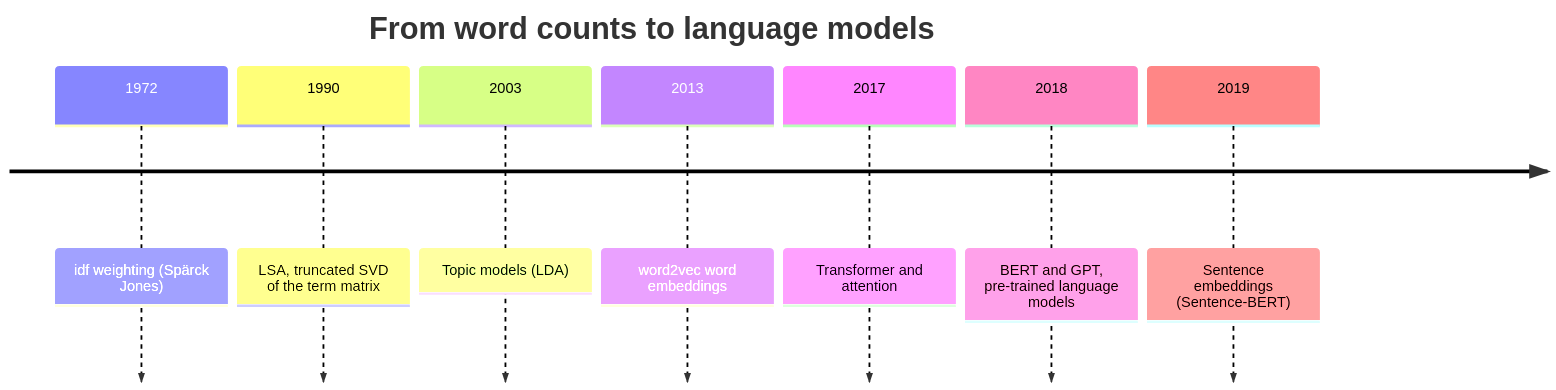
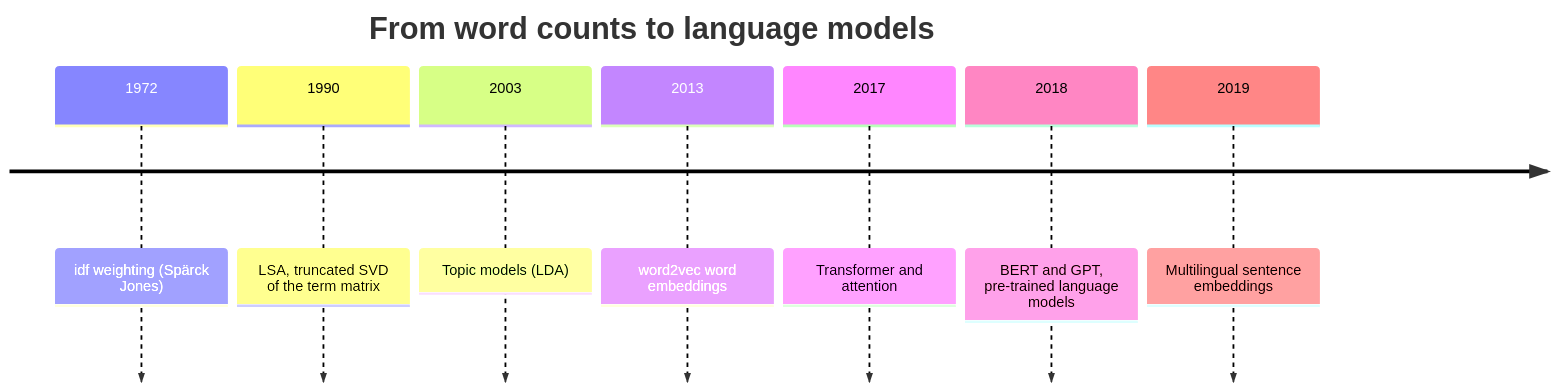
The third of 3 diagrams in sessions/13-classical-nlp/theory/03-error-analysis-and-limits.md (khoadaniel/statistical-programming-mpmd-htw-ws-2026), drawn with Mermaid before and after one commit. The commit also changed other lines of this file and 268 other files, not shown here.

````diff
--- a/sessions/13-classical-nlp/theory/03-error-analysis-and-limits.md
+++ b/sessions/13-classical-nlp/theory/03-error-analysis-and-limits.md
@@ -246,11 +243,11 @@
 ```mermaid
 timeline
     title From word counts to language models
     1972 : idf weighting (Spärck Jones)
     1990 : LSA, truncated SVD of the term matrix
     2003 : Topic models (LDA)
     2013 : word2vec word embeddings
     2017 : Transformer and attention
     2018 : BERT and GPT, pre-trained language models
-    2019 : Sentence embeddings (Sentence-BERT)
+    2019 : Multilingual sentence embeddings
 ```
````
